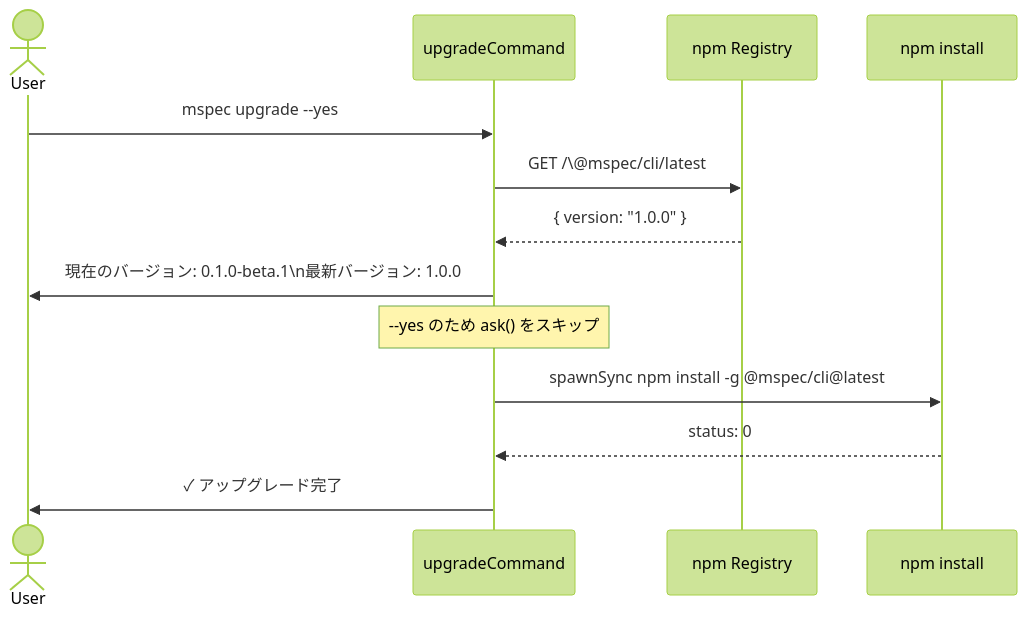
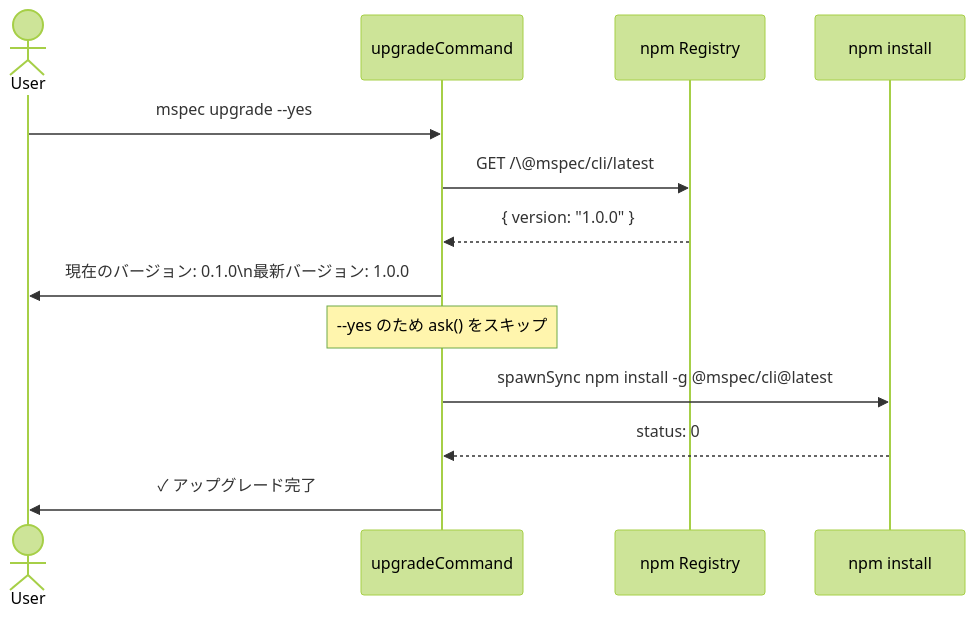
The fifth of 6 diagrams in changes/archive/2026-05-18-125018-cli-upgrade/architecture-overview.md (tubone24/mspec), drawn with Mermaid (forest theme) before and after one commit. The commit also changed other lines of this file and 22 other files, not shown here.

````diff
--- a/changes/archive/2026-05-18-125018-cli-upgrade/architecture-overview.md
+++ b/changes/archive/2026-05-18-125018-cli-upgrade/architecture-overview.md
@@ -88,16 +88,16 @@
 ```mermaid
 sequenceDiagram
     actor User
     participant Upgrade as upgradeCommand
     participant Registry as npm Registry
     participant NPM as npm install
 
     User->>Upgrade: mspec upgrade --yes
     Upgrade->>Registry: GET /\@mspec/cli/latest
     Registry-->>Upgrade: { version: "1.0.0" }
-    Upgrade->>User: 現在のバージョン: 0.1.0-beta.1\n最新バージョン:   1.0.0
+    Upgrade->>User: 現在のバージョン: 0.1.0\n最新バージョン:   1.0.0
     Note over Upgrade: --yes のため ask() をスキップ
     Upgrade->>NPM: spawnSync npm install -g @mspec/cli@latest
     NPM-->>Upgrade: status: 0
     Upgrade->>User: ✓ アップグレード完了
 ```
````
